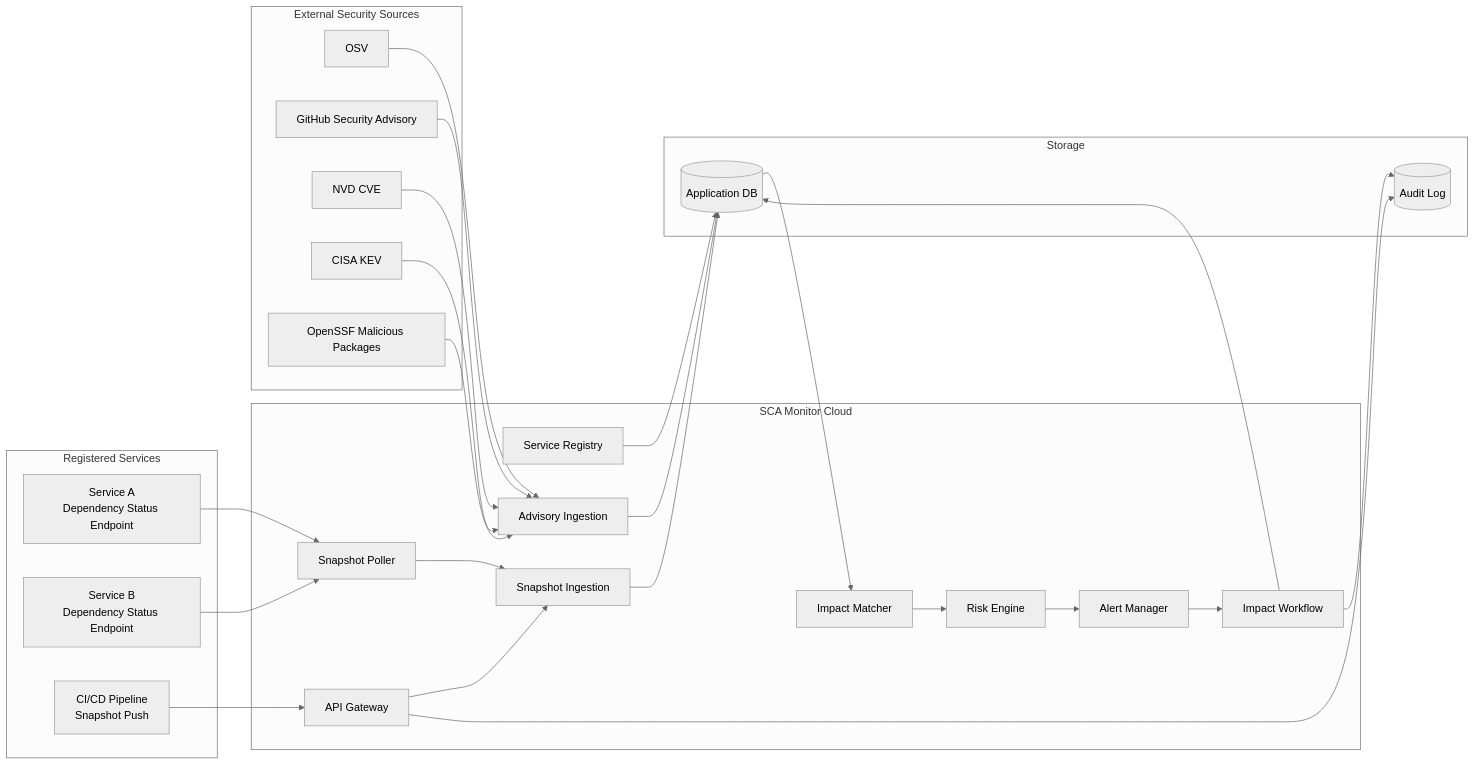
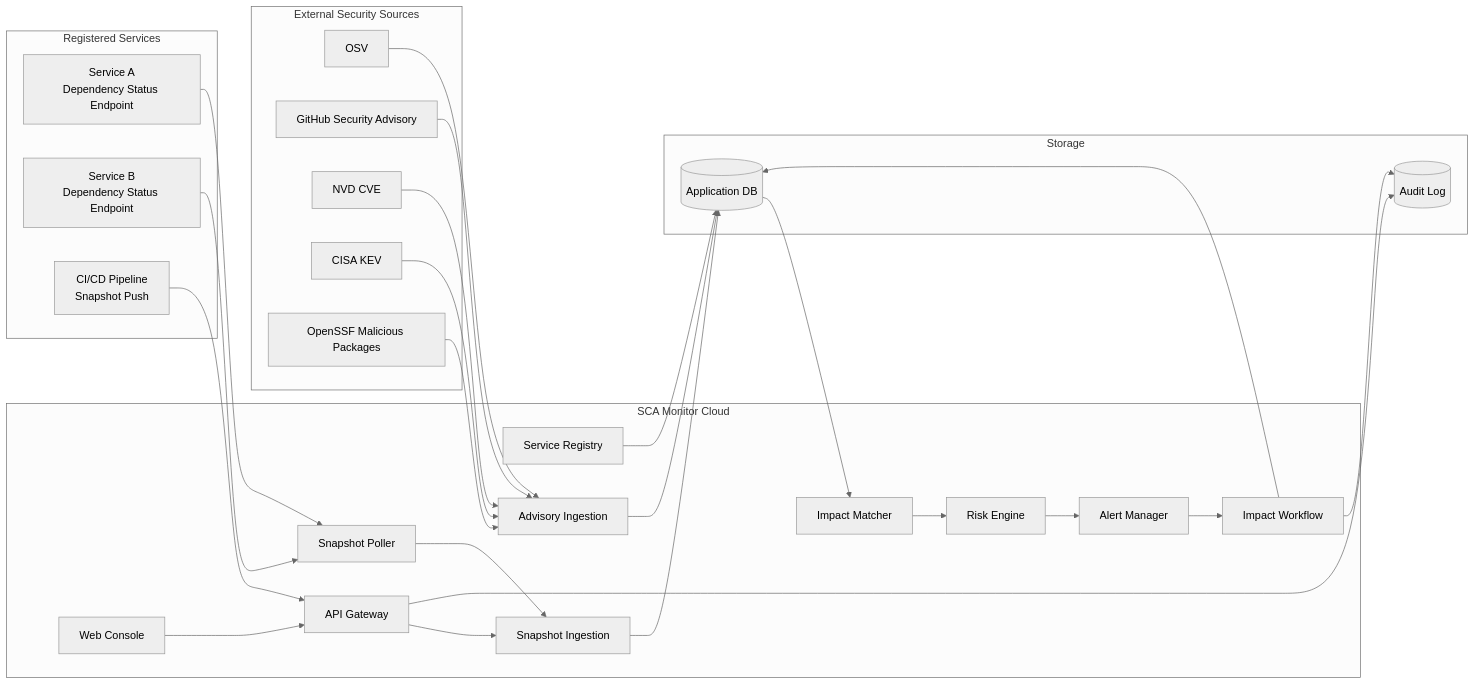
The first of 9 diagrams in docs/software-design-specification.md (hkjeon13/sca-monitor), drawn with Mermaid (neutral theme) before and after one commit. The commit also changed other lines of this file and 32 other files, not shown here.

````diff
--- a/docs/software-design-specification.md
+++ b/docs/software-design-specification.md
@@ -388,54 +404,56 @@
 ```mermaid
 flowchart LR
     subgraph "Registered Services"
         S1["Service A\nDependency Status Endpoint"]
         S2["Service B\nDependency Status Endpoint"]
         CI["CI/CD Pipeline\nSnapshot Push"]
     end
 
     subgraph "SCA Monitor Cloud"
+        WEB["Web Console"]
         API["API Gateway"]
         REG["Service Registry"]
         POLL["Snapshot Poller"]
         INGEST["Snapshot Ingestion"]
         ADV["Advisory Ingestion"]
         MATCH["Impact Matcher"]
         RISK["Risk Engine"]
         ALERT["Alert Manager"]
         WORK["Impact Workflow"]
     end
 
     subgraph "External Security Sources"
         OSV["OSV"]
         GHSA["GitHub Security Advisory"]
         NVD["NVD CVE"]
         KEV["CISA KEV"]
         OSSF["OpenSSF Malicious Packages"]
     end
 
     subgraph "Storage"
         DB[("Application DB")]
         AUDIT[("Audit Log")]
     end
 
+    WEB --> API
     S1 --> POLL
     S2 --> POLL
     CI --> API
     API --> INGEST
     POLL --> INGEST
     INGEST --> DB
     REG --> DB
     OSV --> ADV
     GHSA --> ADV
     NVD --> ADV
     KEV --> ADV
     OSSF --> ADV
     ADV --> DB
     DB --> MATCH
     MATCH --> RISK
     RISK --> ALERT
     ALERT --> WORK
     WORK --> DB
     API --> AUDIT
     WORK --> AUDIT
 ```
````
